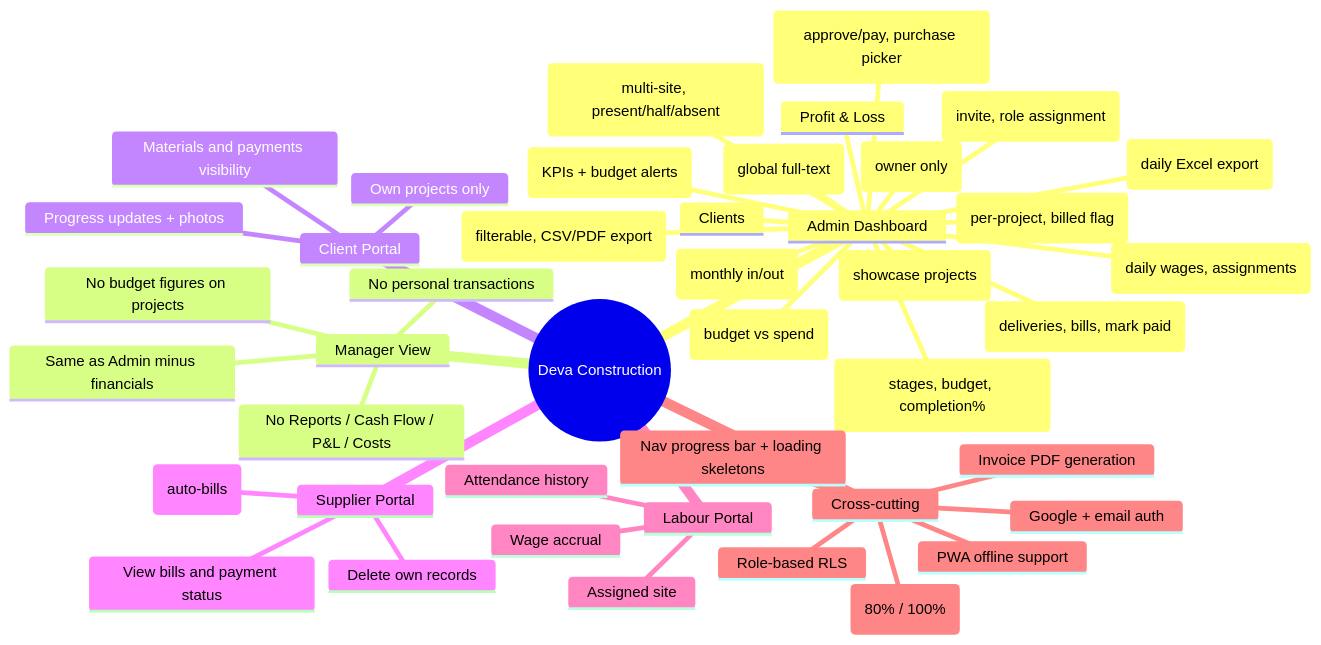
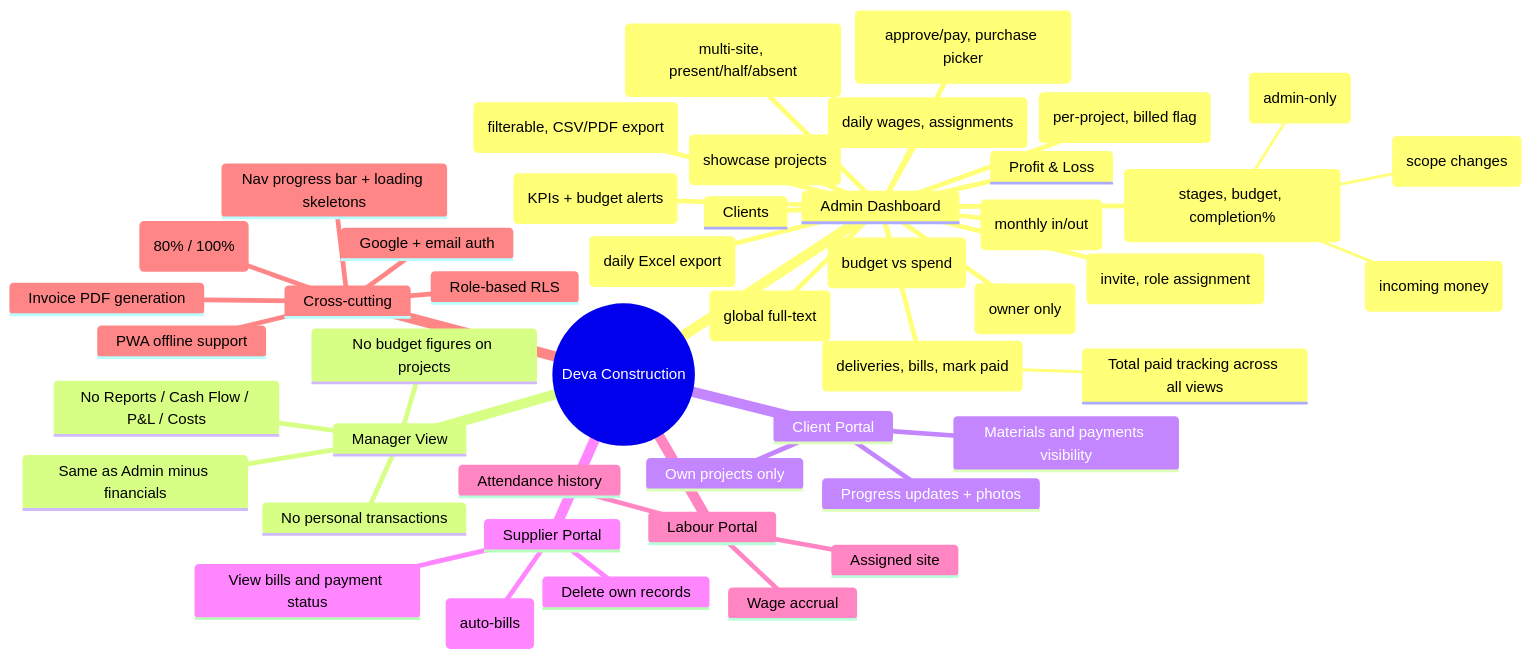
Before and after one commit to ChinmayKumarT/deva-construction: the diagram in brain/mindmap.md, drawn with Mermaid. The commit also changed other lines of this file and 5 other files, not shown here.

````diff
--- a/brain/mindmap.md
+++ b/brain/mindmap.md
@@ -12,46 +12,50 @@
 ```mermaid
 mindmap
   root((Deva Construction))
     Admin Dashboard
       Overview (KPIs + budget alerts)
       Projects (stages, budget, completion%)
+        Budget Extensions (admin-only)
+        Change Orders (scope changes)
+        Client Payments (incoming money)
       Clients
       Suppliers (deliveries, bills, mark paid)
+        Total paid tracking across all views
       Labour (daily wages, assignments)
       Materials (per-project, billed flag)
       Payments (approve/pay, purchase picker)
       Attendance (multi-site, present/half/absent)
       Reports (filterable, CSV/PDF export)
       Cash Flow (monthly in/out)
       Profit & Loss
       Cost Tracking (budget vs spend)
       Search (global full-text)
       Team Access (invite, role assignment)
       Backup (daily Excel export)
       Personal Transactions (owner only)
       Website Management (showcase projects)
     Manager View
       Same as Admin minus financials
       No Reports / Cash Flow / P&L / Costs
       No personal transactions
       No budget figures on projects
     Client Portal
       Own projects only
       Progress updates + photos
       Materials and payments visibility
     Supplier Portal
       Record deliveries (auto-bills)
       View bills and payment status
       Delete own records
     Labour Portal
       Attendance history
       Wage accrual
       Assigned site
     Cross-cutting
       Google + email auth
       Role-based RLS
       PWA offline support
       Invoice PDF generation
       Budget alerts (80% / 100%)
       Nav progress bar + loading skeletons
 ```
````
